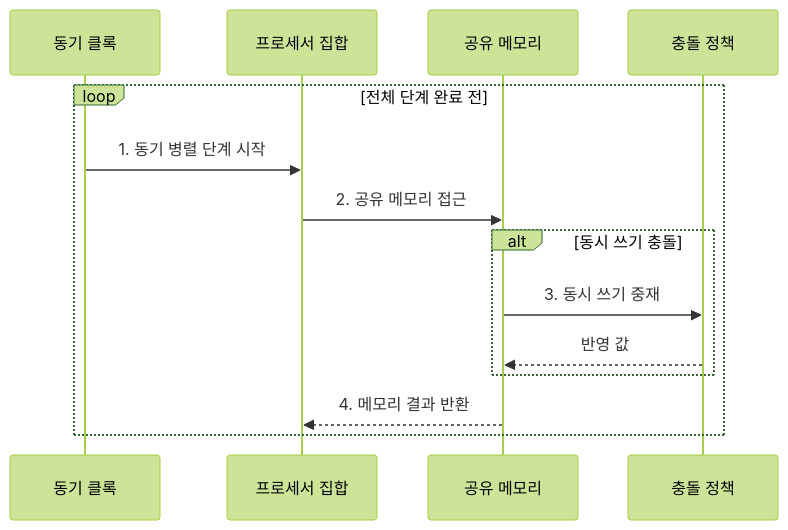
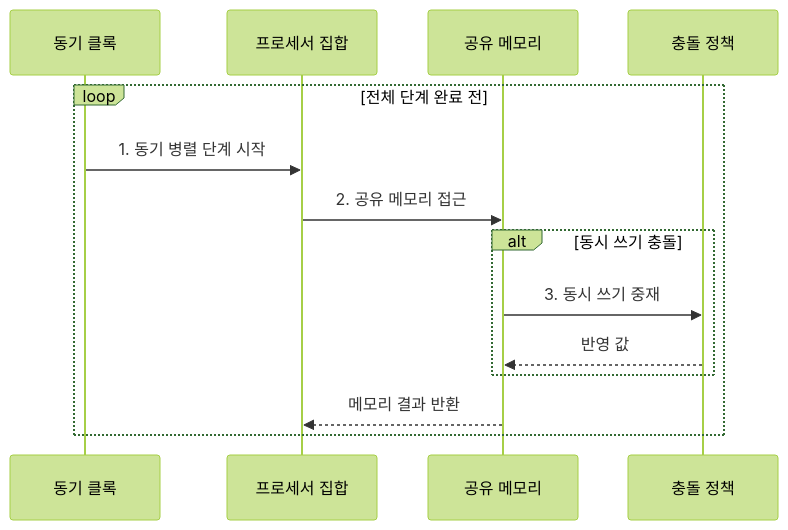
The second of 2 diagrams in src/content/docs/notes/01-basic-theory/061_parallel_algo_pram.md (agnusdei1207/knowledge-base), drawn with Mermaid (forest theme) before and after one commit. The commit also changed other lines of this file and 2 other files, not shown here.

````diff
--- a/src/content/docs/notes/01-basic-theory/061_parallel_algo_pram.md
+++ b/src/content/docs/notes/01-basic-theory/061_parallel_algo_pram.md
@@ -90,16 +89,16 @@
 ```mermaid
 sequenceDiagram
     participant C as 동기 클록
     participant P as 프로세서 집합
     participant M as 공유 메모리
     participant R as 충돌 정책
     loop 전체 단계 완료 전
         C->>P: 1. 동기 병렬 단계 시작
         P->>M: 2. 공유 메모리 접근
         alt 동시 쓰기 충돌
             M->>R: 3. 동시 쓰기 중재
             R-->>M: 반영 값
         end
-        M-->>P: 4. 메모리 결과 반환
+        M-->>P: 메모리 결과 반환
     end
 ```
````
